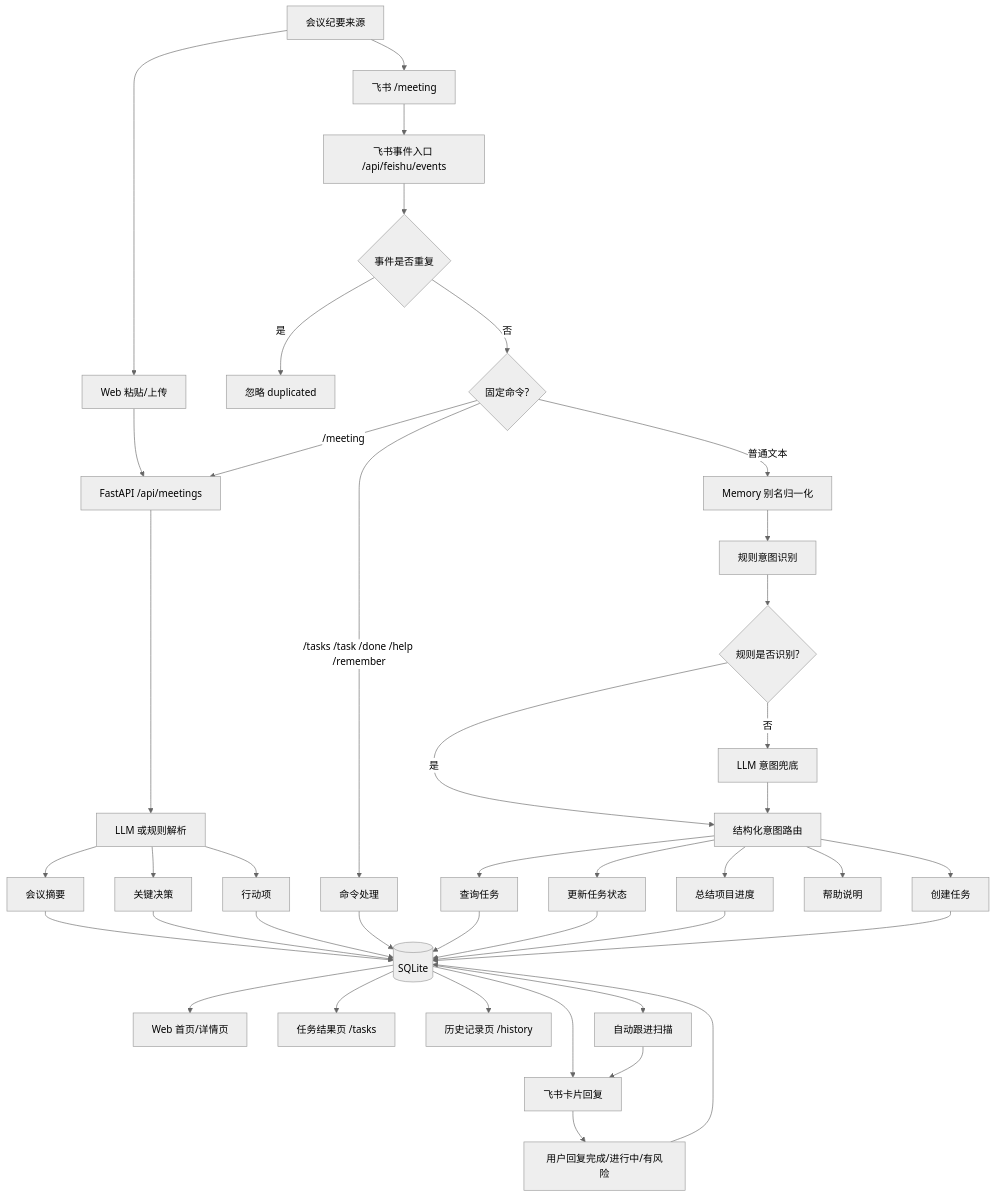
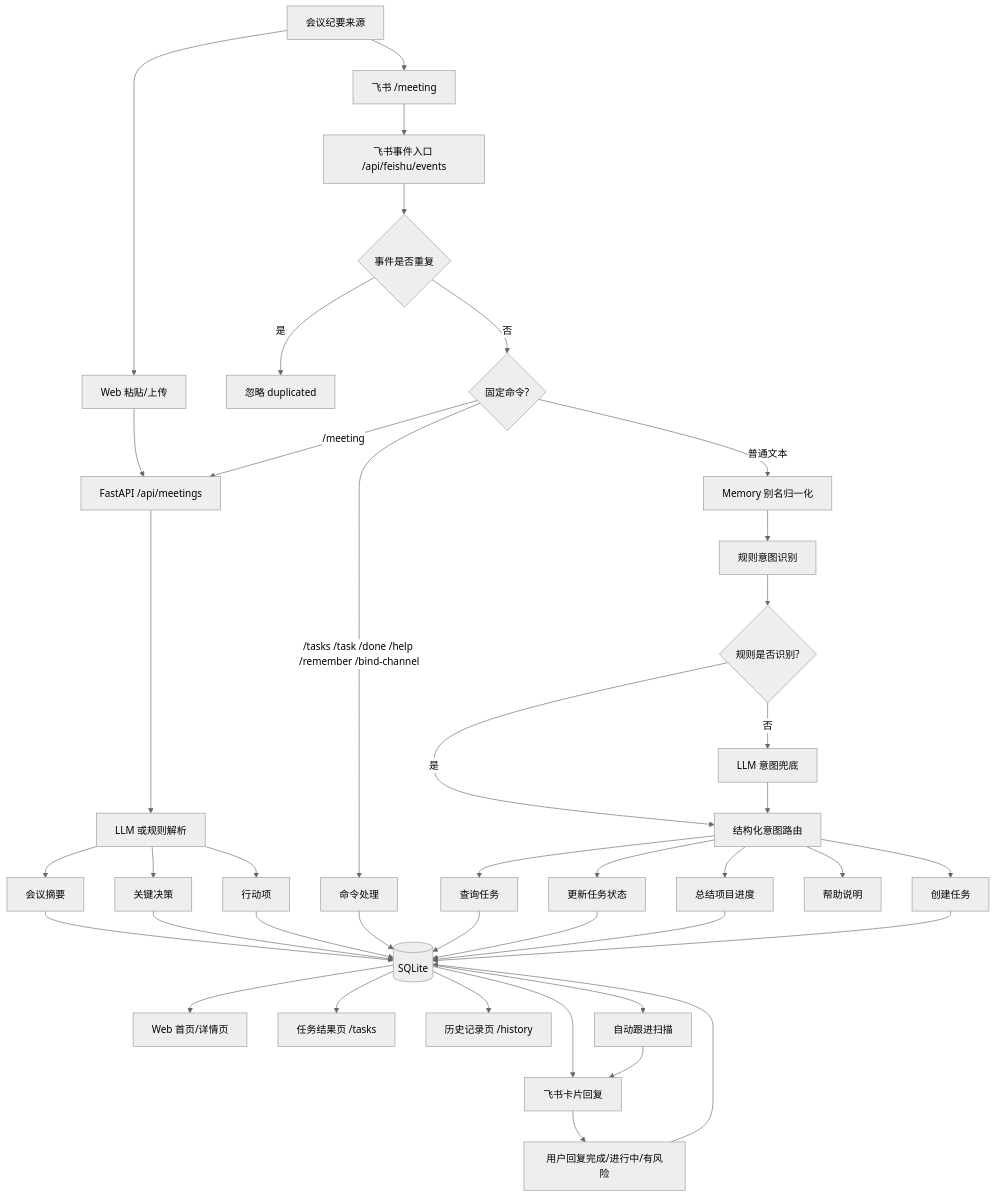
The first of 2 diagrams in README.md (Ping-z330/action_bridge), drawn with Mermaid (neutral theme) before and after one commit. The commit also changed other lines of this file and 14 other files, not shown here.

````diff
--- a/README.md
+++ b/README.md
@@ -35,52 +35,52 @@
 ```mermaid
 flowchart TD
     A[会议纪要来源] --> A1[Web 粘贴/上传]
     A --> A2[飞书 /meeting]
 
     A1 --> B[FastAPI /api/meetings]
     A2 --> C[飞书事件入口 /api/feishu/events]
 
     C --> C1{事件是否重复}
     C1 -->|是| C2[忽略 duplicated]
     C1 -->|否| D{固定命令?}
 
     D -->|/meeting| B
-    D -->|/tasks /task /done /help /remember| E[命令处理]
+    D -->|/tasks /task /done /help /remember /bind-channel| E[命令处理]
     D -->|普通文本| F0[Memory 别名归一化]
     F0 --> F[规则意图识别]
     F --> FLLM{规则是否识别?}
     FLLM -->|是| FR[结构化意图路由]
     FLLM -->|否| FLLM2[LLM 意图兜底]
     FLLM2 --> FR
 
     B --> G[LLM 或规则解析]
     G --> G1[会议摘要]
     G --> G2[关键决策]
     G --> G3[行动项]
 
     G1 --> H[(SQLite)]
     G2 --> H
     G3 --> H
 
     FR --> F1[查询任务]
     FR --> F2[更新任务状态]
     FR --> F3[总结项目进度]
     FR --> F4[帮助说明]
     FR --> F5[创建任务]
 
     E --> H
     F1 --> H
     F2 --> H
     F3 --> H
     F5 --> H
 
     H --> I[Web 首页/详情页]
     H --> J[任务结果页 /tasks]
     H --> K[历史记录页 /history]
     H --> L[飞书卡片回复]
 
     H --> M[自动跟进扫描]
     M --> L
     L --> N[用户回复完成/进行中/有风险]
     N --> H
 ```
````
